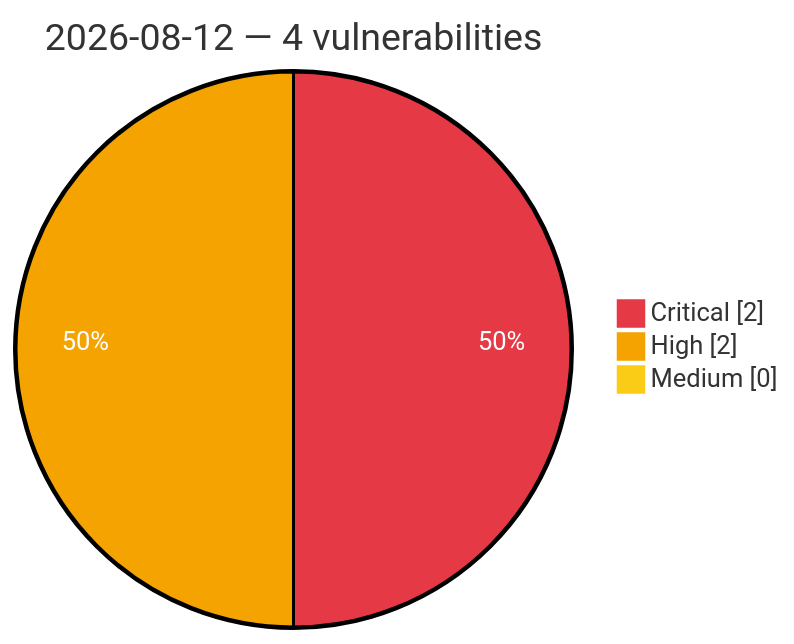
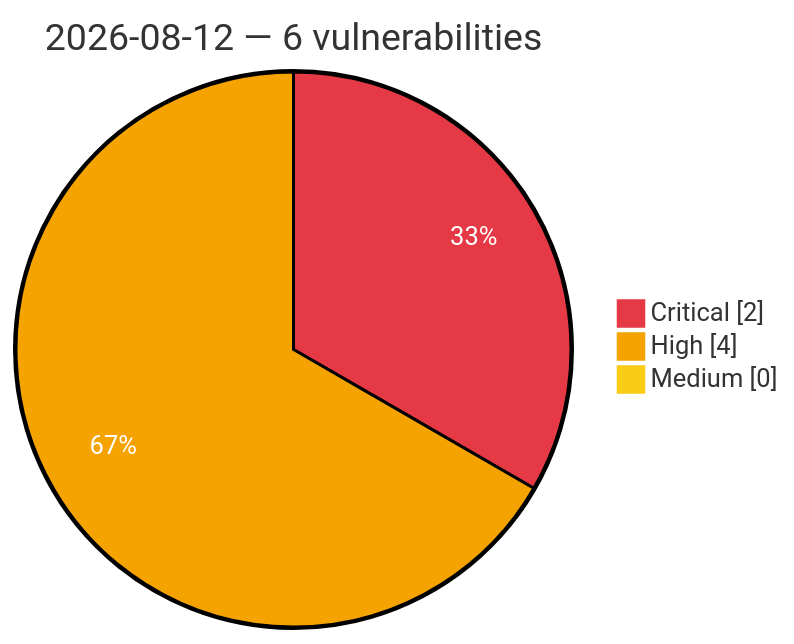
Before and after one commit to GhostX0X/vuln-tracker: the diagram in vulnerabilities/2026/August/2026-08-12.md, drawn with Mermaid. The commit also changed other lines of this file and 5 other files, not shown here.

````diff
--- a/vulnerabilities/2026/August/2026-08-12.md
+++ b/vulnerabilities/2026/August/2026-08-12.md
@@ -3,8 +3,8 @@
 ```mermaid
 %%{init: {'theme':'base', 'themeVariables': {'pie1':'#e63946', 'pie2':'#f4a300', 'pie3':'#facc15', 'pieOpacity':'1', 'pieOuterStrokeWidth':'2px', 'pieSectionTextColor':'#ffffff'}}}%%
 pie showData
-    title 2026-08-12 — 4 vulnerabilities
+    title 2026-08-12 — 6 vulnerabilities
     "Critical" : 2
-    "High" : 2
+    "High" : 4
     "Medium" : 0
 ```
````
